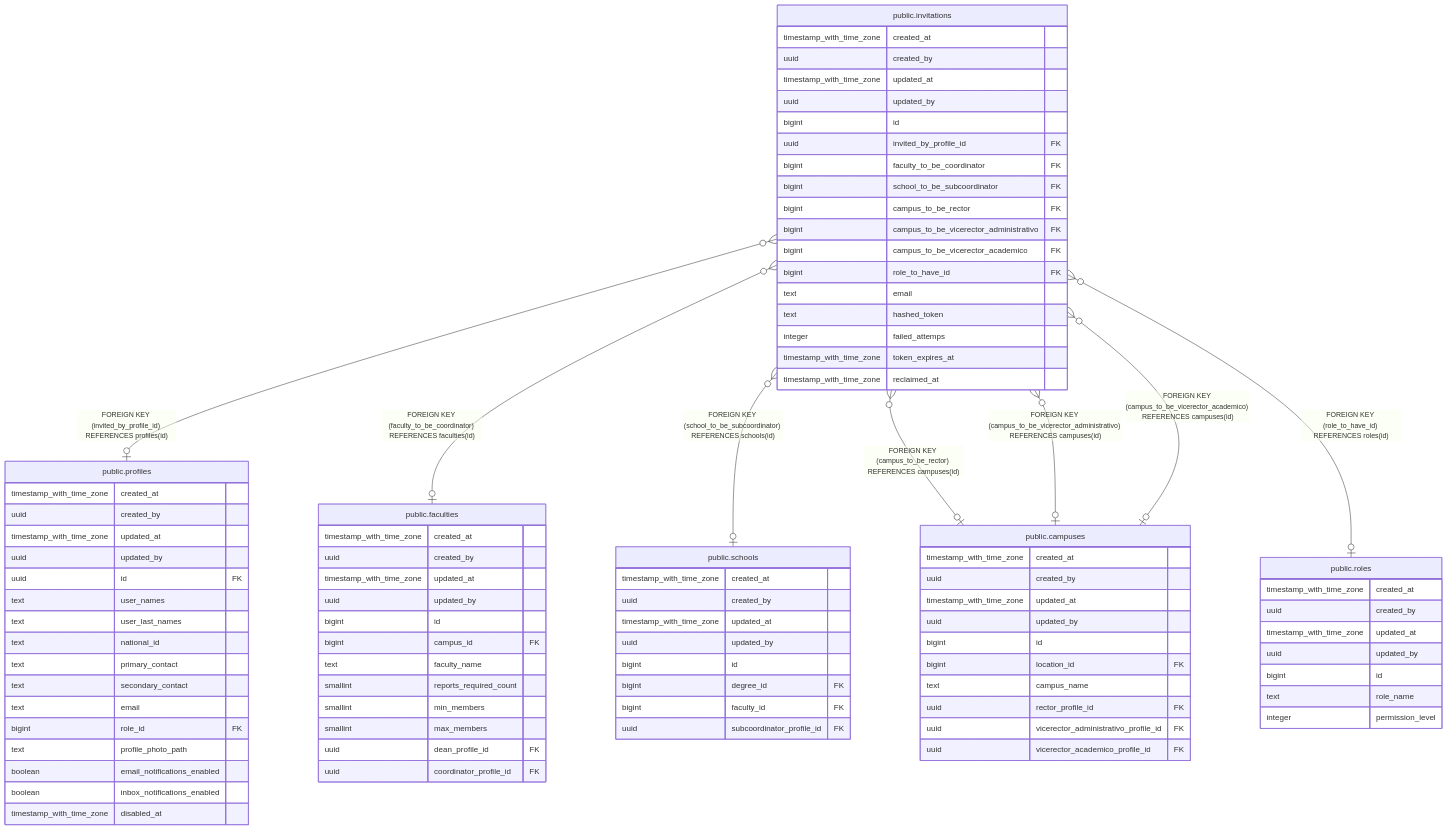
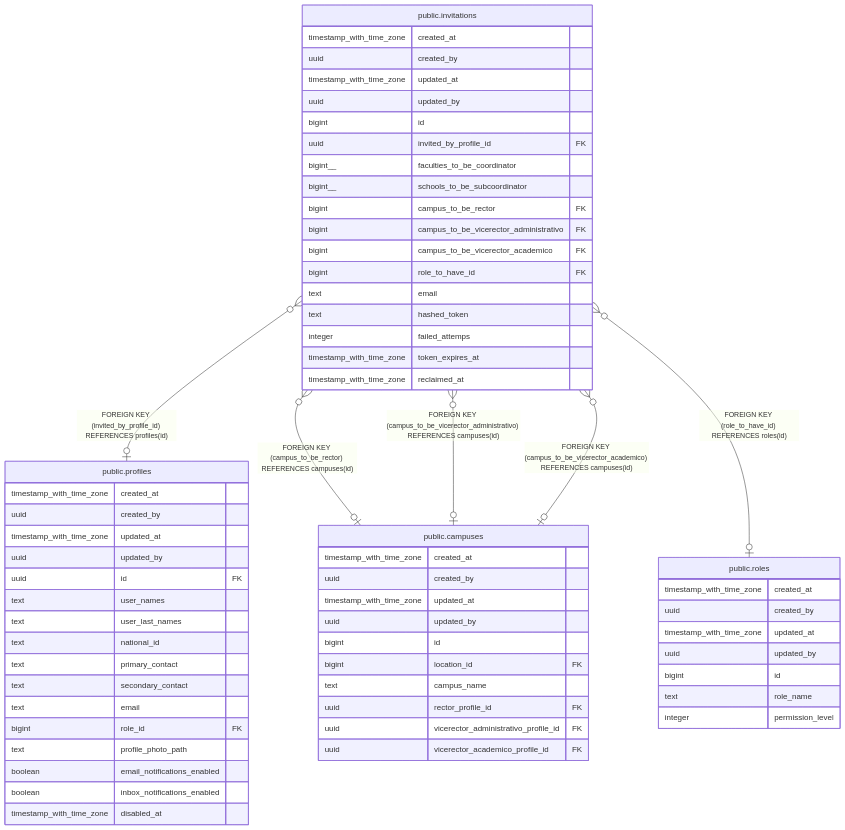
One commit to icristianhernandez/academic-service-backend changed the diagram in docs/db/tbls/public.invitations.md. Above: the diagram before and after it, drawn with Mermaid. The commit also changed other lines of this file and 13 other files, not shown here.

```diff
--- a/docs/db/tbls/public.invitations.md
+++ b/docs/db/tbls/public.invitations.md
@@ -60,8 +58,6 @@
 erDiagram
 
 "public.invitations" }o--o| "public.profiles" : "FOREIGN KEY (invited_by_profile_id) REFERENCES profiles(id)"
-"public.invitations" }o--o| "public.faculties" : "FOREIGN KEY (faculty_to_be_coordinator) REFERENCES faculties(id)"
-"public.invitations" }o--o| "public.schools" : "FOREIGN KEY (school_to_be_subcoordinator) REFERENCES schools(id)"
 "public.invitations" }o--o| "public.campuses" : "FOREIGN KEY (campus_to_be_rector) REFERENCES campuses(id)"
 "public.invitations" }o--o| "public.campuses" : "FOREIGN KEY (campus_to_be_vicerector_administrativo) REFERENCES campuses(id)"
 "public.invitations" }o--o| "public.campuses" : "FOREIGN KEY (campus_to_be_vicerector_academico) REFERENCES campuses(id)"
@@ -74,8 +70,8 @@
   uuid updated_by ""
   bigint id ""
   uuid invited_by_profile_id FK ""
-  bigint faculty_to_be_coordinator FK ""
-  bigint school_to_be_subcoordinator FK ""
+  bigint__ faculties_to_be_coordinator ""
+  bigint__ schools_to_be_subcoordinator ""
   bigint campus_to_be_rector FK ""
   bigint campus_to_be_vicerector_administrativo FK ""
   bigint campus_to_be_vicerector_academico FK ""
@@ -104,30 +100,6 @@
   boolean inbox_notifications_enabled ""
   timestamp_with_time_zone disabled_at ""
 }
-"public.faculties" {
-  timestamp_with_time_zone created_at ""
-  uuid created_by ""
-  timestamp_with_time_zone updated_at ""
-  uuid updated_by ""
-  bigint id ""
-  bigint campus_id FK ""
-  text faculty_name ""
-  smallint reports_required_count ""
-  smallint min_members ""
-  smallint max_members ""
-  uuid dean_profile_id FK ""
-  uuid coordinator_profile_id FK ""
-}
-"public.schools" {
-  timestamp_with_time_zone created_at ""
-  uuid created_by ""
-  timestamp_with_time_zone updated_at ""
-  uuid updated_by ""
-  bigint id ""
-  bigint degree_id FK ""
-  bigint faculty_id FK ""
-  uuid subcoordinator_profile_id FK ""
-}
 "public.campuses" {
   timestamp_with_time_zone created_at ""
   uuid created_by ""
```
